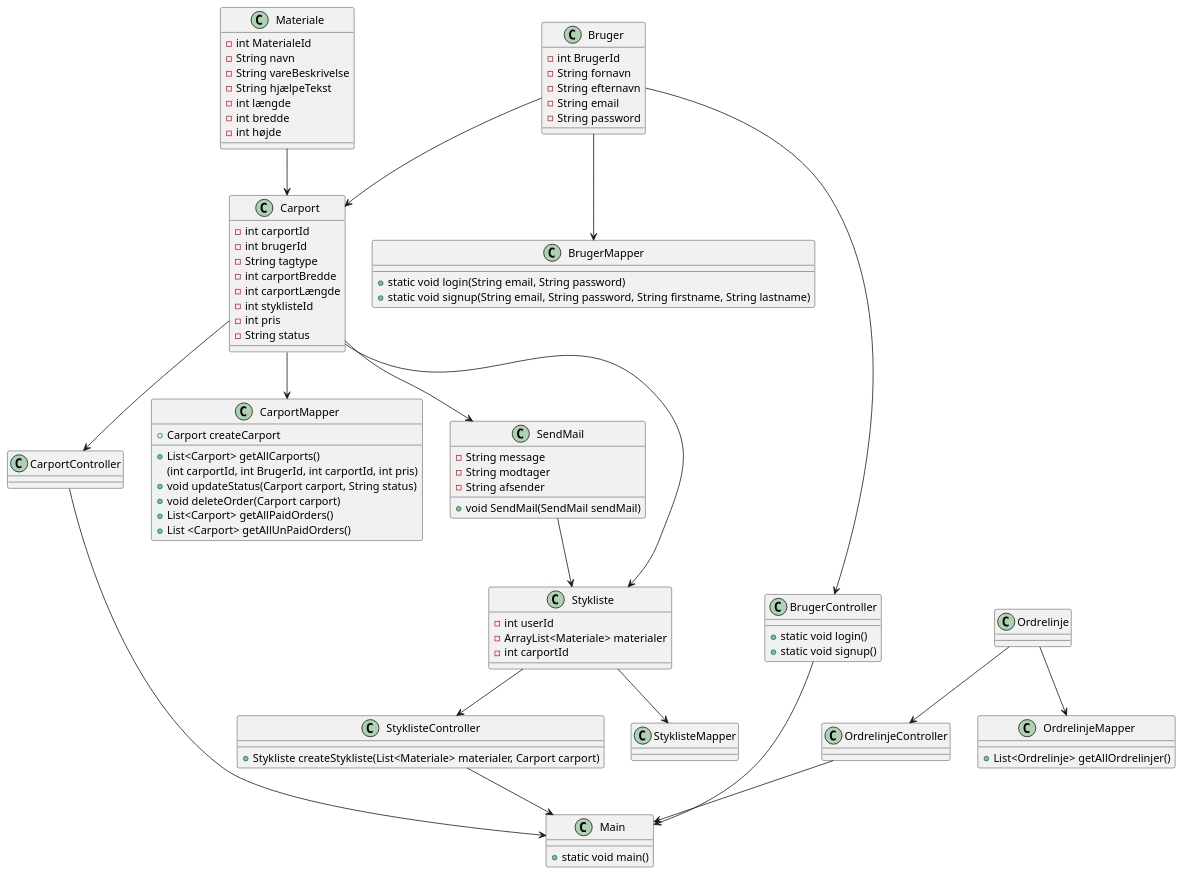
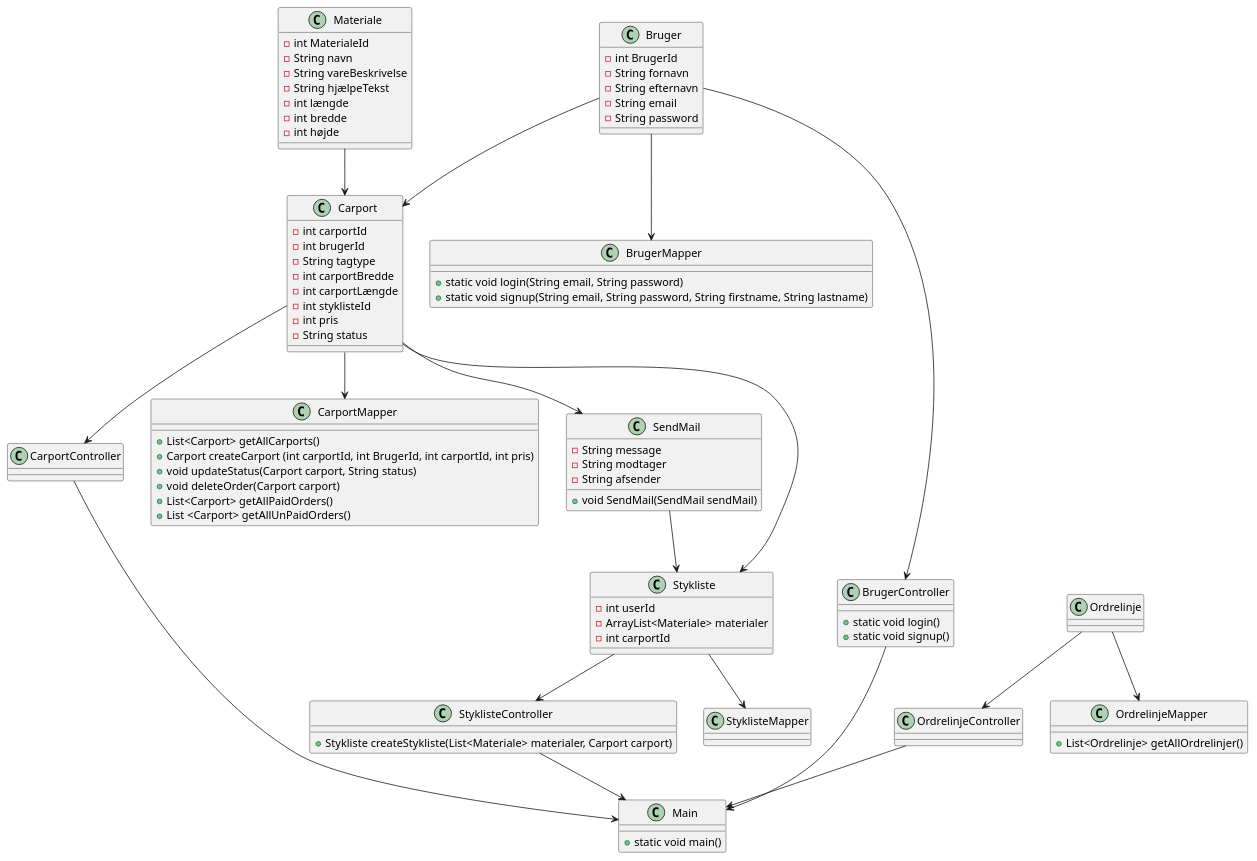
One commit to AlexSmed/FogCarport changed the diagram in src/domænelmodel/Klassediagram.puml. Above: the diagram before and after it, drawn with PlantUML. The commit also changed 1 other file, not shown here.

Commit message:
opdateret klassediagram, fjernet forespørgsel og redskabsrum

```diff
--- a/src/domænelmodel/Klassediagram.puml
+++ b/src/domænelmodel/Klassediagram.puml
@@ -1,112 +1,111 @@
 @startuml
 'https://plantuml.com/class-diagram
 
 
 class Bruger{
 - int BrugerId
 - String fornavn
 - String efternavn
 - String email
 - String password
 }
 
 
 class Materiale{
 - int MaterialeId
 - String navn
 - String vareBeskrivelse
 - String hjælpeTekst
 - int længde
 - int bredde
 - int højde
 }
 
 
 class Stykliste{
 - int userId
 - ArrayList<Materiale> materialer
 - int carportId
 }
 class Carport{
  - int carportId
  - int brugerId
  - String tagtype
  - int carportBredde
  - int carportLængde
  - int styklisteId
  - int pris
  - String status
 
 }
 class Main{
 + static void main()
 }
 
 class BrugerController{
 + static void login()
 + static void signup()
 }
 class CarportController{
 
 }
 class StyklisteController{
 + Stykliste createStykliste(List<Materiale> materialer, Carport carport)
 }
 class OrdrelinjeController{
 }
 
 
 class OrdrelinjeMapper{
     + List<Ordrelinje> getAllOrdrelinjer()
 
 }
 class CarportMapper{
     +List<Carport> getAllCarports()
-    + Carport createCarport
-    (int carportId, int BrugerId, int carportId, int pris)
+    + Carport createCarport (int carportId, int BrugerId, int carportId, int pris)
     + void updateStatus(Carport carport, String status)
     + void deleteOrder(Carport carport)
     + List<Carport> getAllPaidOrders()
     + List <Carport> getAllUnPaidOrders()
 
 }
 class BrugerMapper{
 + static void login(String email, String password)
 + static void signup(String email, String password, String firstname, String lastname)
 }
 class StyklisteMapper{
 }
 class SendMail{
 - String message
 - String modtager
 - String afsender
 + void SendMail(SendMail sendMail)
 }
 
 
 BrugerController --> Main
 StyklisteController --> Main
 CarportController --> Main
 OrdrelinjeController --> Main
 Bruger --> BrugerController
 Bruger --> BrugerMapper
 
 Stykliste --> StyklisteMapper
 Stykliste  --> StyklisteController
 
 Carport --> CarportMapper
 
 Carport --> CarportController
 
 Ordrelinje --> OrdrelinjeController
 Ordrelinje --> OrdrelinjeMapper
 
 Materiale --> Carport
 Bruger --> Carport
 Carport --> SendMail
 SendMail --> Stykliste
 Carport --> Stykliste
 
 
 
 @enduml
```
